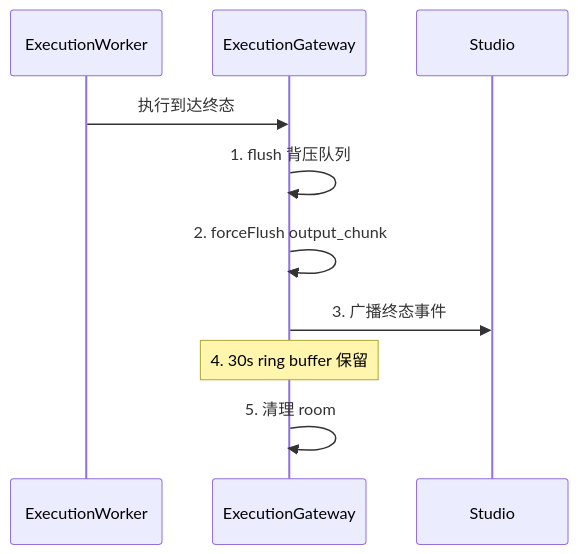
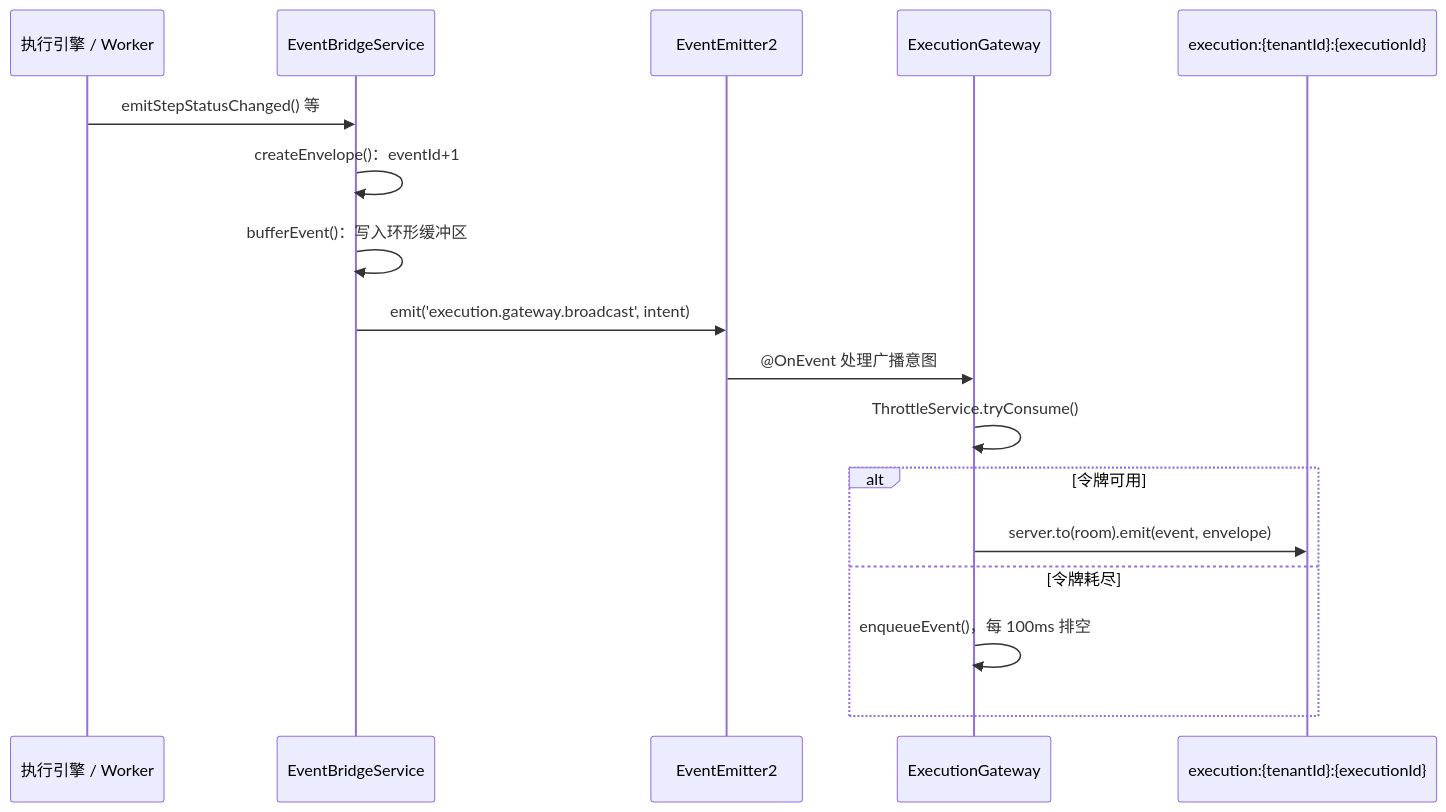
The diagram in agentloom-docs/dev/server/realtime.md (Lynricsy/AgentLoom), drawn with Mermaid before and after one commit. The commit also changed other lines of this file and 10 other files, not shown here.

````diff
--- a/agentloom-docs/dev/server/realtime.md
+++ b/agentloom-docs/dev/server/realtime.md
@@ -133,13 +76,20 @@
 ```mermaid
 sequenceDiagram
-    participant EW as ExecutionWorker
+    participant Domain as 执行引擎 / Worker
+    participant EB as EventBridgeService
+    participant EE as EventEmitter2
     participant GW as ExecutionGateway
-    participant Client as Studio
+    participant Room as execution:{tenantId}:{executionId}
 
-    EW->>GW: 执行到达终态
-    GW->>GW: 1. flush 背压队列
-    GW->>GW: 2. forceFlush output_chunk
-    GW->>Client: 3. 广播终态事件
-    Note over GW: 4. 30s ring buffer 保留
-    GW->>GW: 5. 清理 room
+    Domain->>EB: emitStepStatusChanged() 等
+    EB->>EB: createEnvelope()：eventId+1
+    EB->>EB: bufferEvent()：写入环形缓冲区
+    EB->>EE: emit('execution.gateway.broadcast', intent)
+    EE->>GW: @OnEvent 处理广播意图
+    GW->>GW: ThrottleService.tryConsume()
+    alt 令牌可用
+        GW->>Room: server.to(room).emit(event, envelope)
+    else 令牌耗尽
+        GW->>GW: enqueueEvent()，每 100ms 排空
+    end
 ```
````
